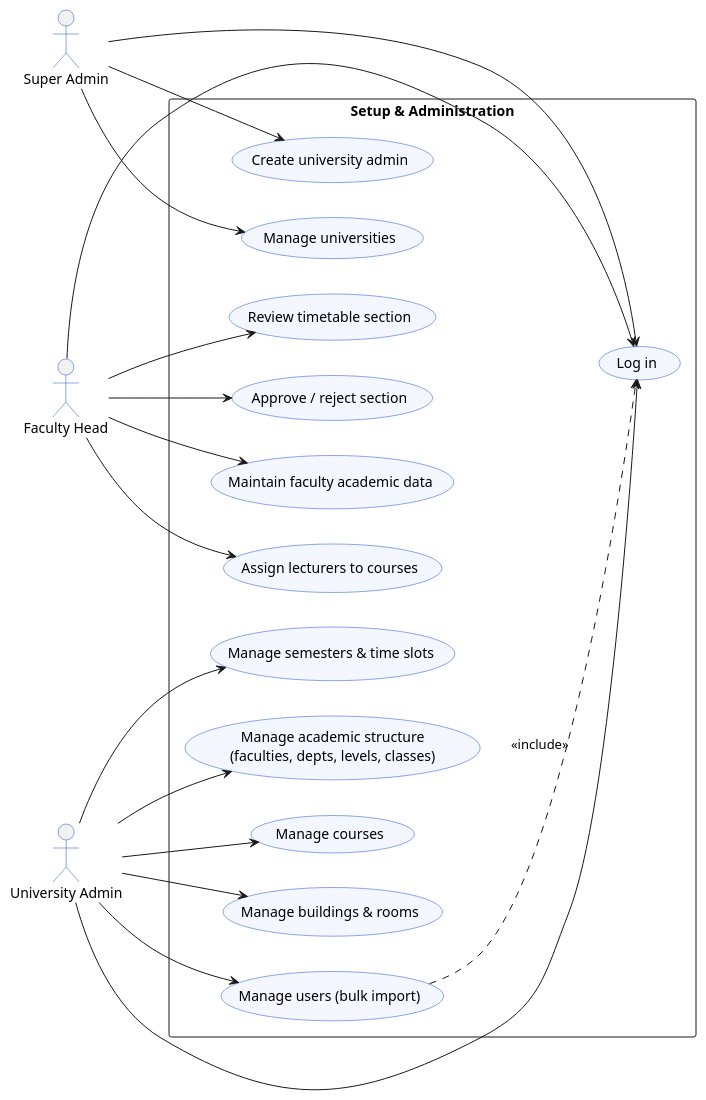
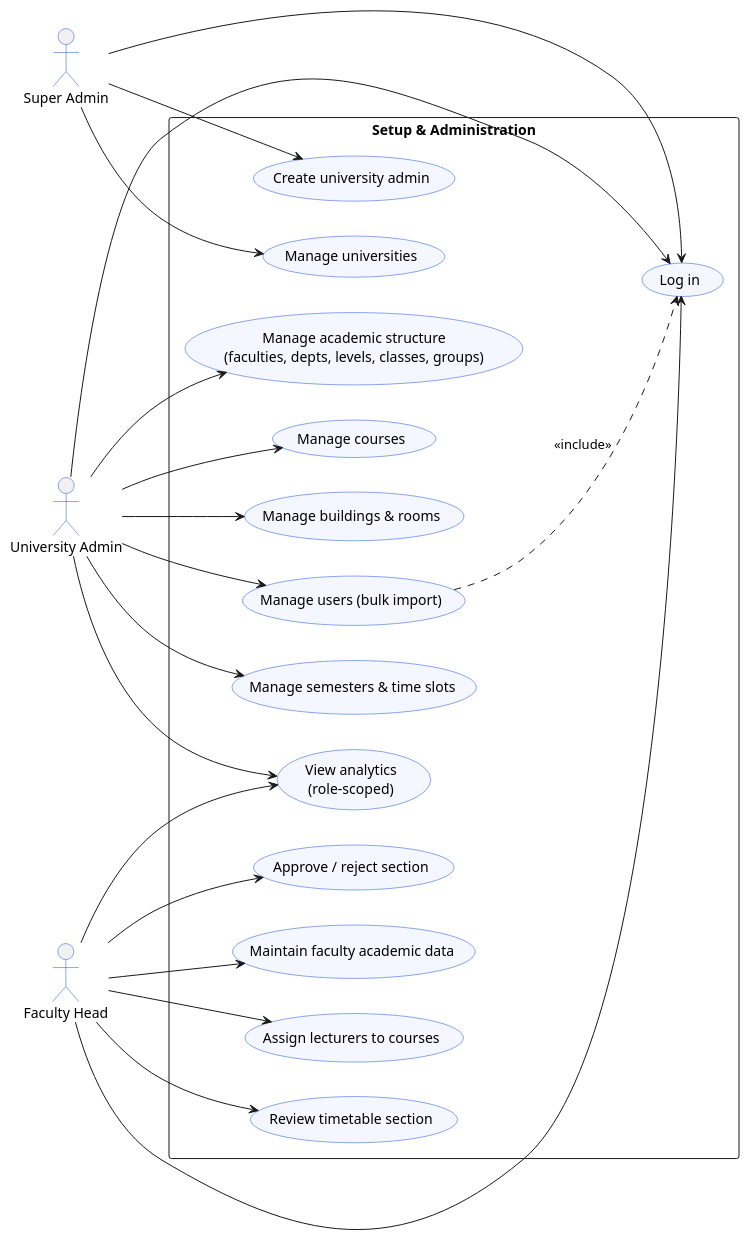
Before and after one commit to Bradfordnfor/Final-Year-Project: the diagram in docs/report/diagrams/usecase_pres_a.puml, drawn with PlantUML. The commit also changed 11 other files, not shown here.

Commit message:
report: document over-capacity relief, bulk-import preview, and the faculties-have-classes readiness check in CH3/CH4; add officer/student/analytics use cases to the use-case diagrams; fix and re-render the generation activity diagram

```diff
--- a/docs/report/diagrams/usecase_pres_a.puml
+++ b/docs/report/diagrams/usecase_pres_a.puml
@@ -1,52 +1,55 @@
 @startuml usecase_pres_a
 ' Presentation use case — Part A: Setup & Administration
 ' Actors: Super Admin, University Admin, Faculty Head
 left to right direction
 skinparam shadowing false
 skinparam packageStyle rectangle
 skinparam actorBorderColor #1D4ED8
 skinparam usecaseBorderColor #1D4ED8
 skinparam usecaseBackgroundColor #F4F7FF
 
 actor "Super Admin" as SA
 actor "University Admin" as UA
 actor "Faculty Head" as FH
 
 rectangle "Setup & Administration" {
   usecase "Manage universities" as UC_uni
   usecase "Create university admin" as UC_uadmin
 
   usecase "Manage buildings & rooms" as UC_bld
   usecase "Manage users (bulk import)" as UC_users
   usecase "Manage semesters & time slots" as UC_sem
-  usecase "Manage academic structure\n(faculties, depts, levels, classes)" as UC_struct
+  usecase "Manage academic structure\n(faculties, depts, levels, classes, groups)" as UC_struct
   usecase "Manage courses" as UC_course
 
   usecase "Maintain faculty academic data" as UC_facdata
   usecase "Assign lecturers to courses" as UC_assign
   usecase "Review timetable section" as UC_review
   usecase "Approve / reject section" as UC_approve
+  usecase "View analytics\n(role-scoped)" as UC_analytics
 
   usecase "Log in" as UC_login
 }
 
 SA --> UC_uni
 SA --> UC_uadmin
 SA --> UC_login
 
 UA --> UC_bld
 UA --> UC_users
 UA --> UC_sem
 UA --> UC_struct
 UA --> UC_course
+UA --> UC_analytics
 UA --> UC_login
 
 FH --> UC_facdata
 FH --> UC_assign
 FH --> UC_review
 FH --> UC_approve
+FH --> UC_analytics
 FH --> UC_login
 
 UC_users ..> UC_login : <<include>>
 
 @enduml
```
